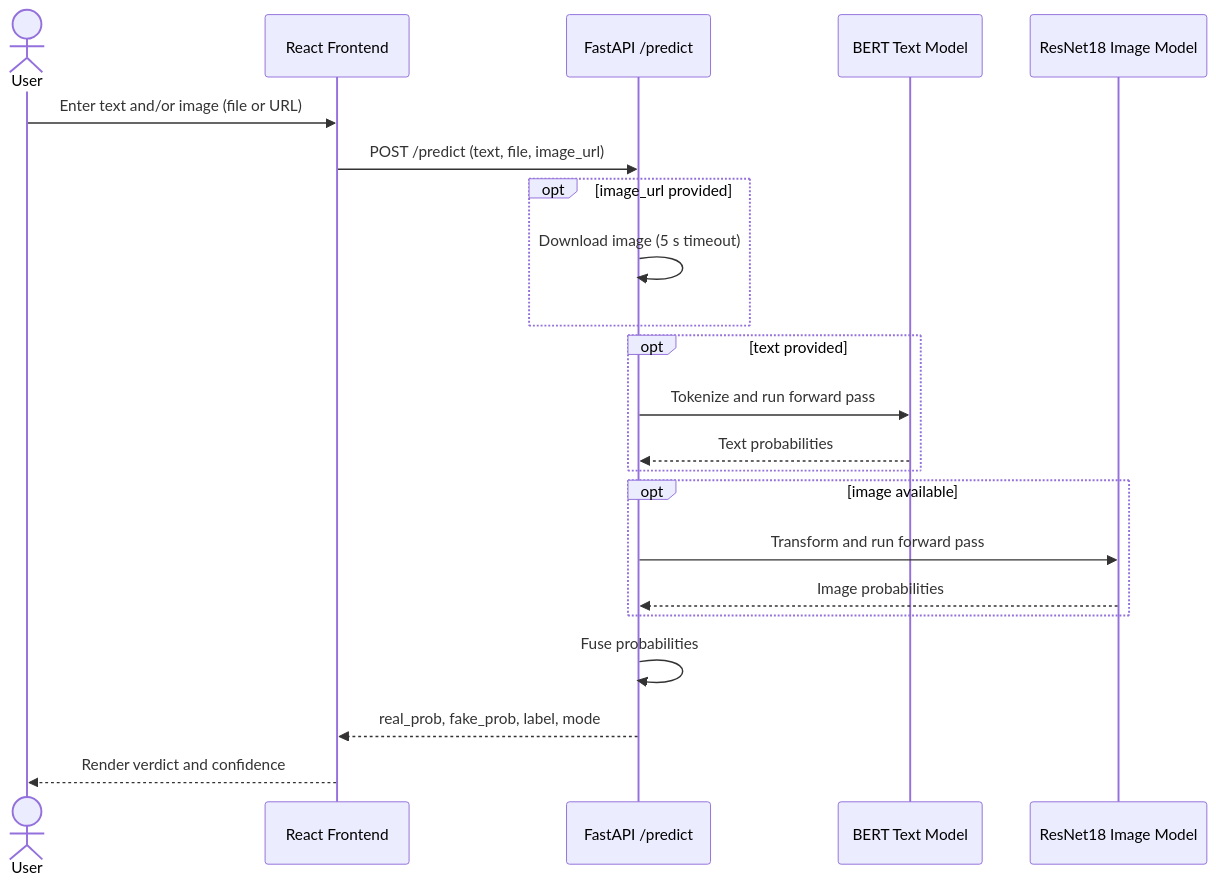
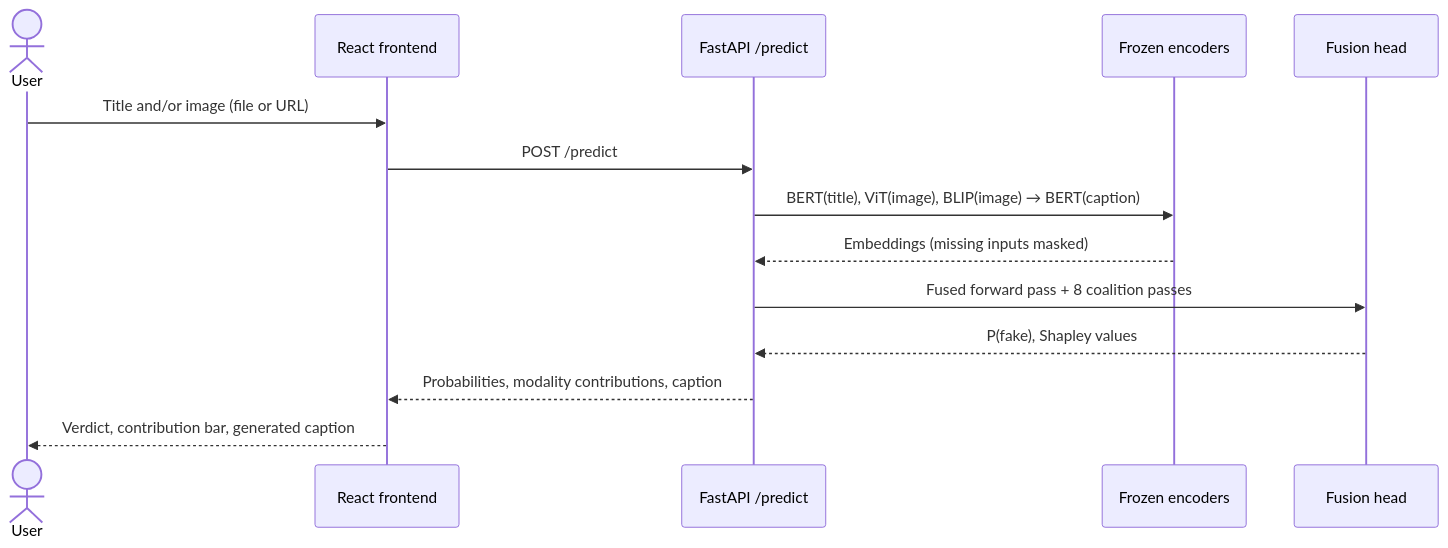
Before and after one commit to funnymrmagyar/FakeNewsDetection: the second of 2 diagrams in README.md, drawn with Mermaid. The commit also changed other lines of this file and 18 other files, not shown here.

````diff
--- a/README.md
+++ b/README.md
@@ -68,25 +122,17 @@
 ```mermaid
 sequenceDiagram
     actor User
-    participant FE as React Frontend
+    participant FE as React frontend
     participant API as FastAPI /predict
-    participant T as BERT Text Model
-    participant I as ResNet18 Image Model
+    participant ENC as Frozen encoders
+    participant H as Fusion head
 
-    User->>FE: Enter text and/or image (file or URL)
-    FE->>API: POST /predict (text, file, image_url)
-    opt image_url provided
-        API->>API: Download image (5 s timeout)
-    end
-    opt text provided
-        API->>T: Tokenize and run forward pass
-        T-->>API: Text probabilities
-    end
-    opt image available
-        API->>I: Transform and run forward pass
-        I-->>API: Image probabilities
-    end
-    API->>API: Fuse probabilities
-    API-->>FE: real_prob, fake_prob, label, mode
-    FE-->>User: Render verdict and confidence
+    User->>FE: Title and/or image (file or URL)
+    FE->>API: POST /predict
+    API->>ENC: BERT(title), ViT(image), BLIP(image) → BERT(caption)
+    ENC-->>API: Embeddings (missing inputs masked)
+    API->>H: Fused forward pass + 8 coalition passes
+    H-->>API: P(fake), Shapley values
+    API-->>FE: Probabilities, modality contributions, caption
+    FE-->>User: Verdict, contribution bar, generated caption
 ```
````
